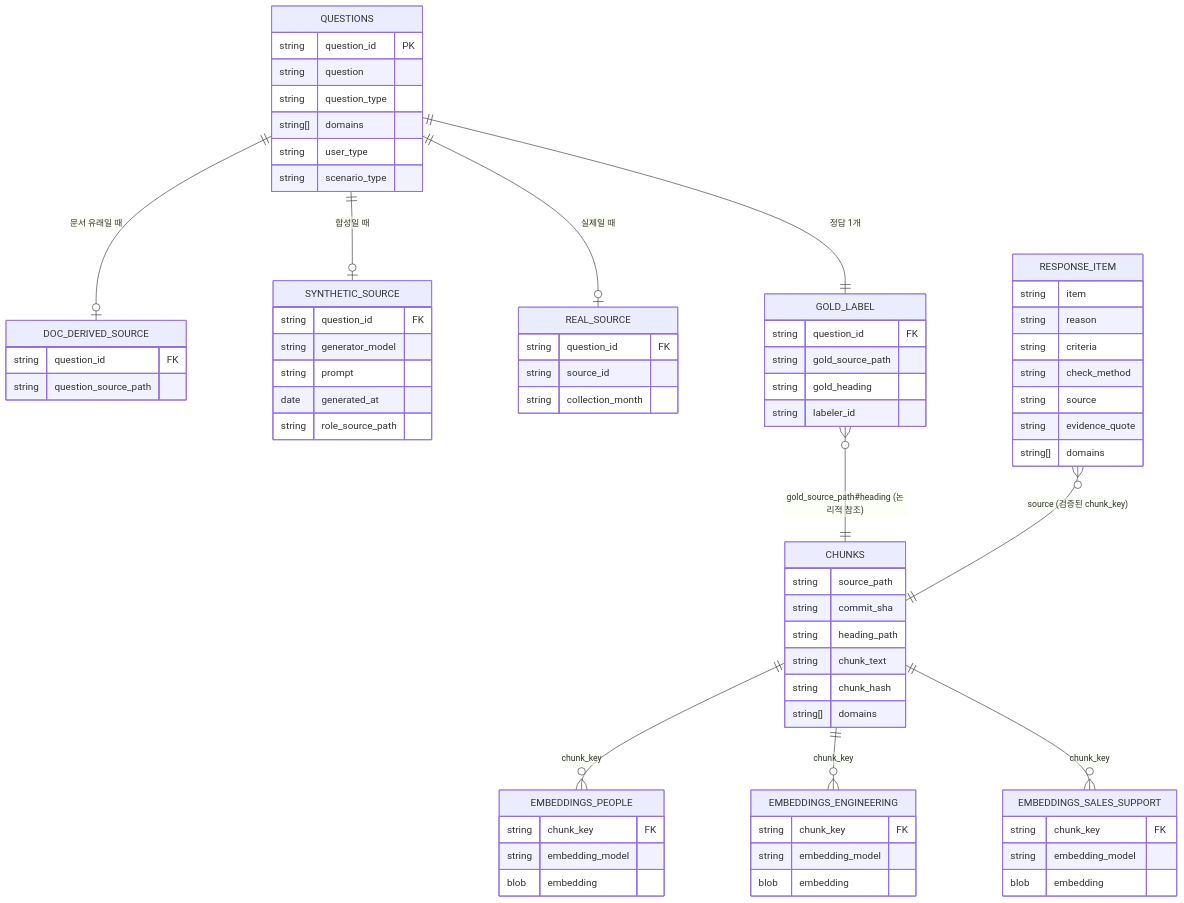
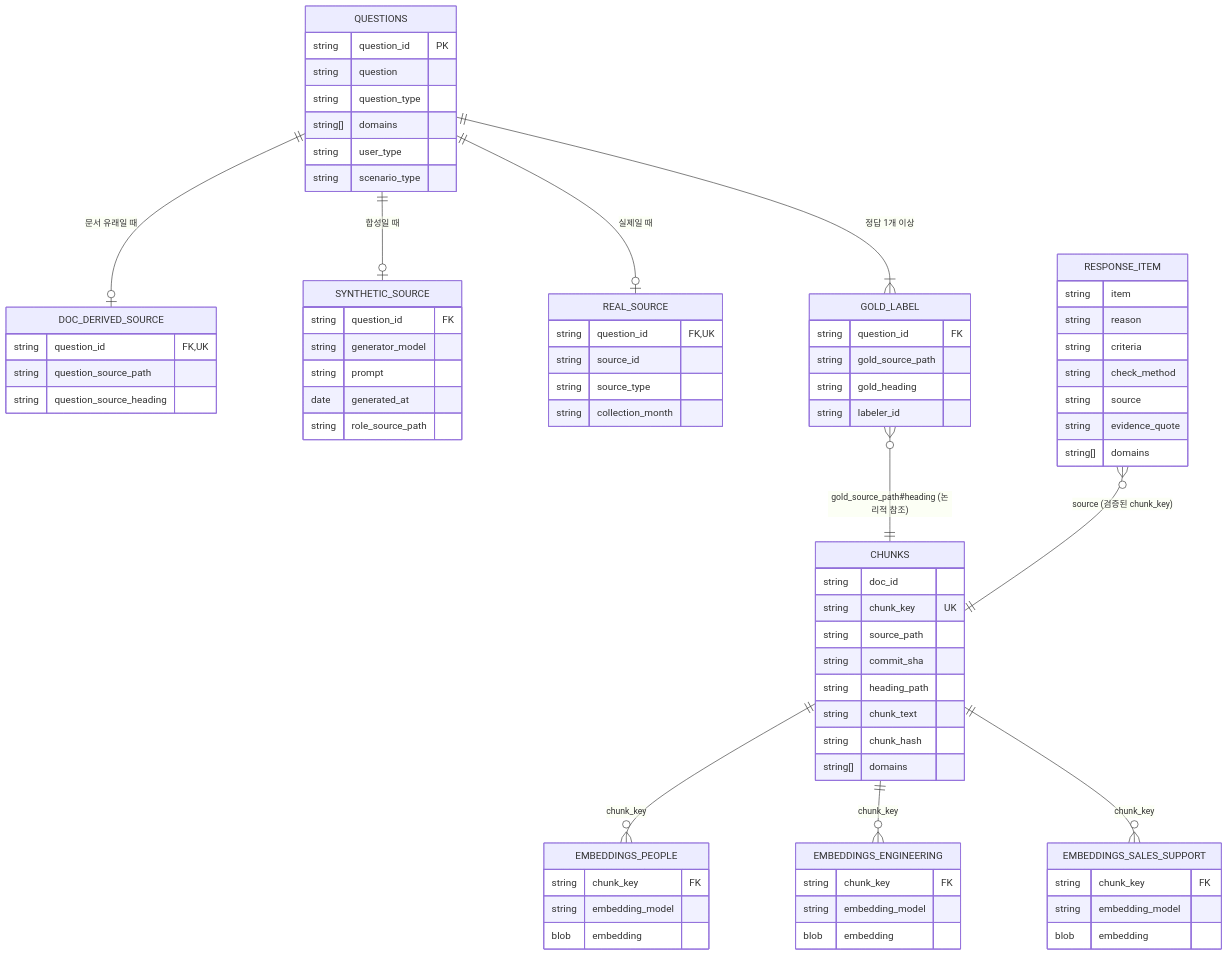
Before and after one commit to jh3779/recall-casebook: the diagram in docs/ERD.md, drawn with Mermaid. The commit also changed other lines of this file and 2 other files, not shown here.

Commit message:
docs: 영업·지원 PRD·ERD 필수 보완 중 스택과 무관한 4건 정리
- 청크 키를 단일 chunk_key로 맞추는 안과 doc_id 유지 (팀 확인 필요)
- 질문 하나에 정답 여러 개 허용, 섹션 단위 정답 기준
- criteria·check_method를 필수 키(값은 null 가능)로 정정
- 질문 출처 필드(FAQ 제목, 출처 유형) 보강과 합성 질문 허용 문구 정정

````diff
--- a/docs/ERD.md
+++ b/docs/ERD.md
@@ -7,75 +7,79 @@
 ```mermaid
 erDiagram
     CHUNKS {
+        string doc_id
+        string chunk_key UK
         string source_path
         string commit_sha
         string heading_path
         string chunk_text
         string chunk_hash
         string[] domains
     }
     EMBEDDINGS_PEOPLE {
         string chunk_key FK
         string embedding_model
         blob embedding
     }
     EMBEDDINGS_ENGINEERING {
         string chunk_key FK
         string embedding_model
         blob embedding
     }
     EMBEDDINGS_SALES_SUPPORT {
         string chunk_key FK
         string embedding_model
         blob embedding
     }
     QUESTIONS {
         string question_id PK
         string question
         string question_type
         string[] domains
         string user_type
         string scenario_type
     }
     DOC_DERIVED_SOURCE {
-        string question_id FK
+        string question_id FK, UK
         string question_source_path
+        string question_source_heading
     }
     SYNTHETIC_SOURCE {
         string question_id FK
         string generator_model
         string prompt
         date generated_at
         string role_source_path
     }
     REAL_SOURCE {
-        string question_id FK
+        string question_id FK, UK
         string source_id
+        string source_type
         string collection_month
     }
     GOLD_LABEL {
         string question_id FK
         string gold_source_path
         string gold_heading
         string labeler_id
     }
     RESPONSE_ITEM {
         string item
         string reason
         string criteria
         string check_method
         string source
         string evidence_quote
         string[] domains
     }
 
     CHUNKS ||--o{ EMBEDDINGS_PEOPLE : "chunk_key"
     CHUNKS ||--o{ EMBEDDINGS_ENGINEERING : "chunk_key"
     CHUNKS ||--o{ EMBEDDINGS_SALES_SUPPORT : "chunk_key"
     QUESTIONS ||--o| DOC_DERIVED_SOURCE : "문서 유래일 때"
     QUESTIONS ||--o| SYNTHETIC_SOURCE : "합성일 때"
     QUESTIONS ||--o| REAL_SOURCE : "실제일 때"
-    QUESTIONS ||--|| GOLD_LABEL : "정답 1개"
+    QUESTIONS ||--|{ GOLD_LABEL : "정답 1개 이상"
     GOLD_LABEL }o--|| CHUNKS : "gold_source_path#heading (논리적 참조)"
     RESPONSE_ITEM }o--|| CHUNKS : "source (검증된 chunk_key)"
 ```
````
